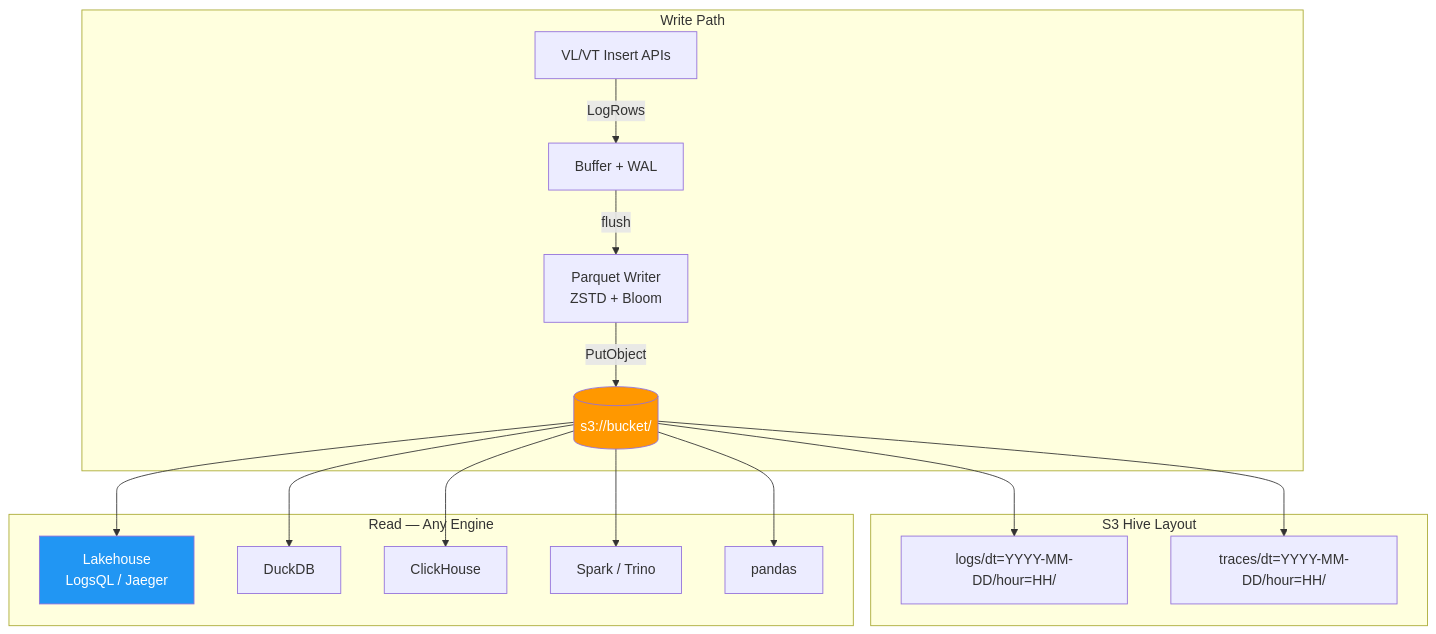
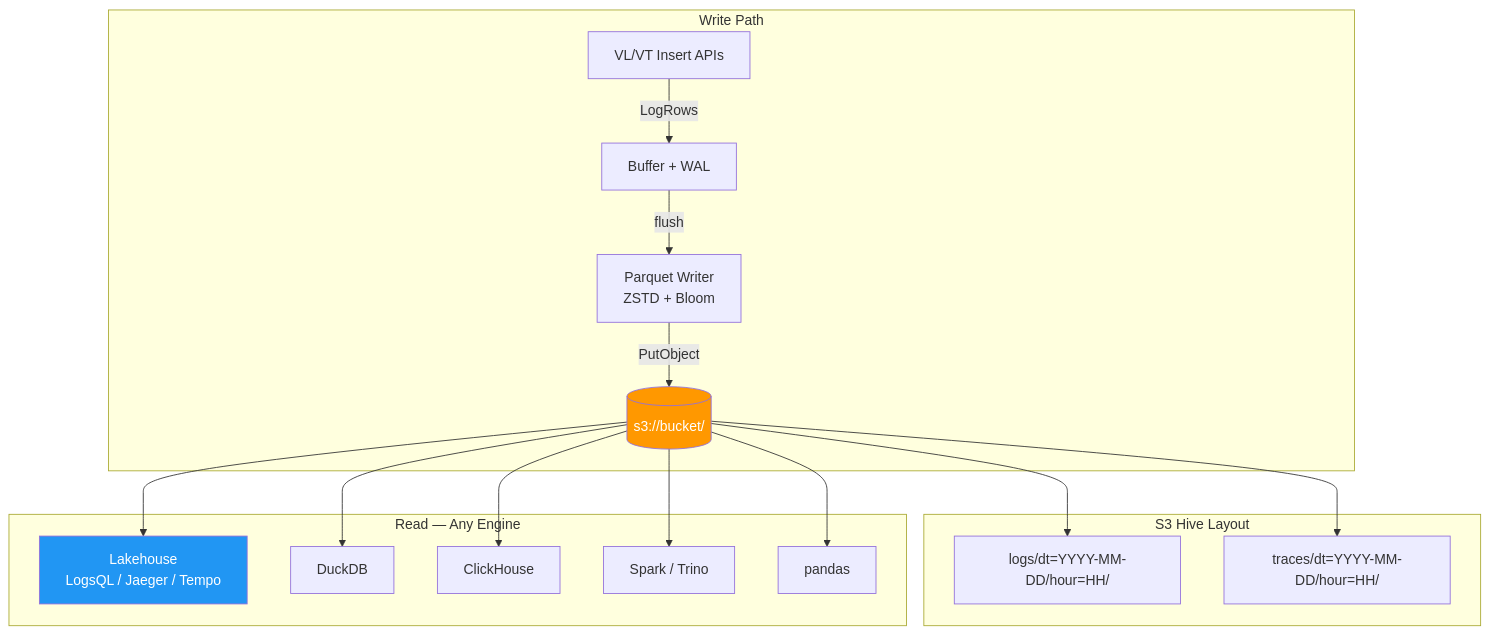
The diagram in docs/open-parquet-format.md (ReliablyObserve/victoria-lakehouse), drawn with Mermaid before and after one commit. The commit also changed 84 other files, not shown here.

First line of the commit message:
feat: traces support, corrected cost model, cross-AZ buffer fix (#63)

````diff
--- a/docs/open-parquet-format.md
+++ b/docs/open-parquet-format.md
@@ -29,24 +29,24 @@
 ```mermaid
 graph TD
     subgraph "Write Path"
-    VL[VL/VT Insert APIs] -->|LogRows| B[Buffer + WAL]
+    VL["VL/VT Insert APIs"] -->|LogRows| B[Buffer + WAL]
     B -->|flush| PW[Parquet Writer<br/>ZSTD + Bloom]
     PW -->|PutObject| S3
     end
 
     subgraph "S3 Hive Layout"
-    S3[(s3://bucket/)] --> L[logs/dt=YYYY-MM-DD/hour=HH/]
-    S3 --> T[traces/dt=YYYY-MM-DD/hour=HH/]
+    S3[("s3://bucket/")] --> L["logs/dt=YYYY-MM-DD/hour=HH/"]
+    S3 --> T["traces/dt=YYYY-MM-DD/hour=HH/"]
     end
 
     subgraph "Read — Any Engine"
-    S3 --> LH[Lakehouse<br/>LogsQL / Jaeger]
+    S3 --> LH["Lakehouse<br/>LogsQL / Jaeger / Tempo"]
     S3 --> DDB[DuckDB]
     S3 --> CH[ClickHouse]
     S3 --> SP[Spark / Trino]
     S3 --> PD[pandas]
     end
 
     style S3 fill:#FF9800,color:#fff
     style LH fill:#2196F3,color:#fff
 ```
````
